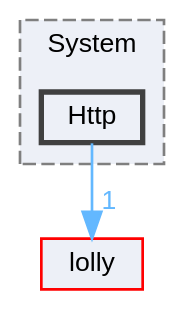
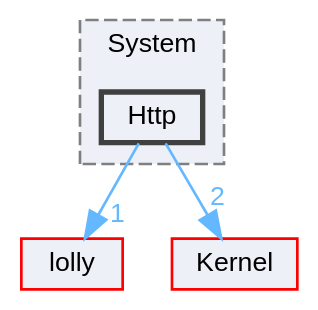
One commit to XmacsLabs/lolly changed the diagram in dir_d573a7169bde176232ec62995376cb51_dep.dot. Above: the diagram before and after it, drawn with Graphviz. The commit also changed 155 other files, not shown here.

```diff
--- a/dir_d573a7169bde176232ec62995376cb51_dep.dot
+++ b/dir_d573a7169bde176232ec62995376cb51_dep.dot
@@ -1,14 +1,16 @@
 digraph "Http"
 {
  // LATEX_PDF_SIZE
   bgcolor="transparent";
   edge [fontname=Helvetica,fontsize=10,labelfontname=Helvetica,labelfontsize=10];
   node [fontname=Helvetica,fontsize=10,shape=box,height=0.2,width=0.4];
   compound=true
   subgraph clusterdir_df16762c41d55ab81241d1dd50493298 {
     graph [ bgcolor="#edf0f7", pencolor="grey50", label="System", fontname=Helvetica,fontsize=10 style="filled,dashed", URL="dir_df16762c41d55ab81241d1dd50493298.html",tooltip=""]
   dir_d573a7169bde176232ec62995376cb51 [label="Http", fillcolor="#edf0f7", color="grey25", style="filled,bold", URL="dir_d573a7169bde176232ec62995376cb51.html",tooltip=""];
   }
   dir_4e4e38b7a3cbd015b31043c806009c51 [label="lolly", fillcolor="#edf0f7", color="red", style="filled", URL="dir_4e4e38b7a3cbd015b31043c806009c51.html",tooltip=""];
+  dir_52bed8acfaac088d5968cb2c84d7645d [label="Kernel", fillcolor="#edf0f7", color="red", style="filled", URL="dir_52bed8acfaac088d5968cb2c84d7645d.html",tooltip=""];
   dir_d573a7169bde176232ec62995376cb51->dir_4e4e38b7a3cbd015b31043c806009c51 [headlabel="1", labeldistance=1.5 headhref="dir_000015_000023.html" color="steelblue1" fontcolor="steelblue1"];
+  dir_d573a7169bde176232ec62995376cb51->dir_52bed8acfaac088d5968cb2c84d7645d [headlabel="2", labeldistance=1.5 headhref="dir_000015_000020.html" color="steelblue1" fontcolor="steelblue1"];
 }
```
